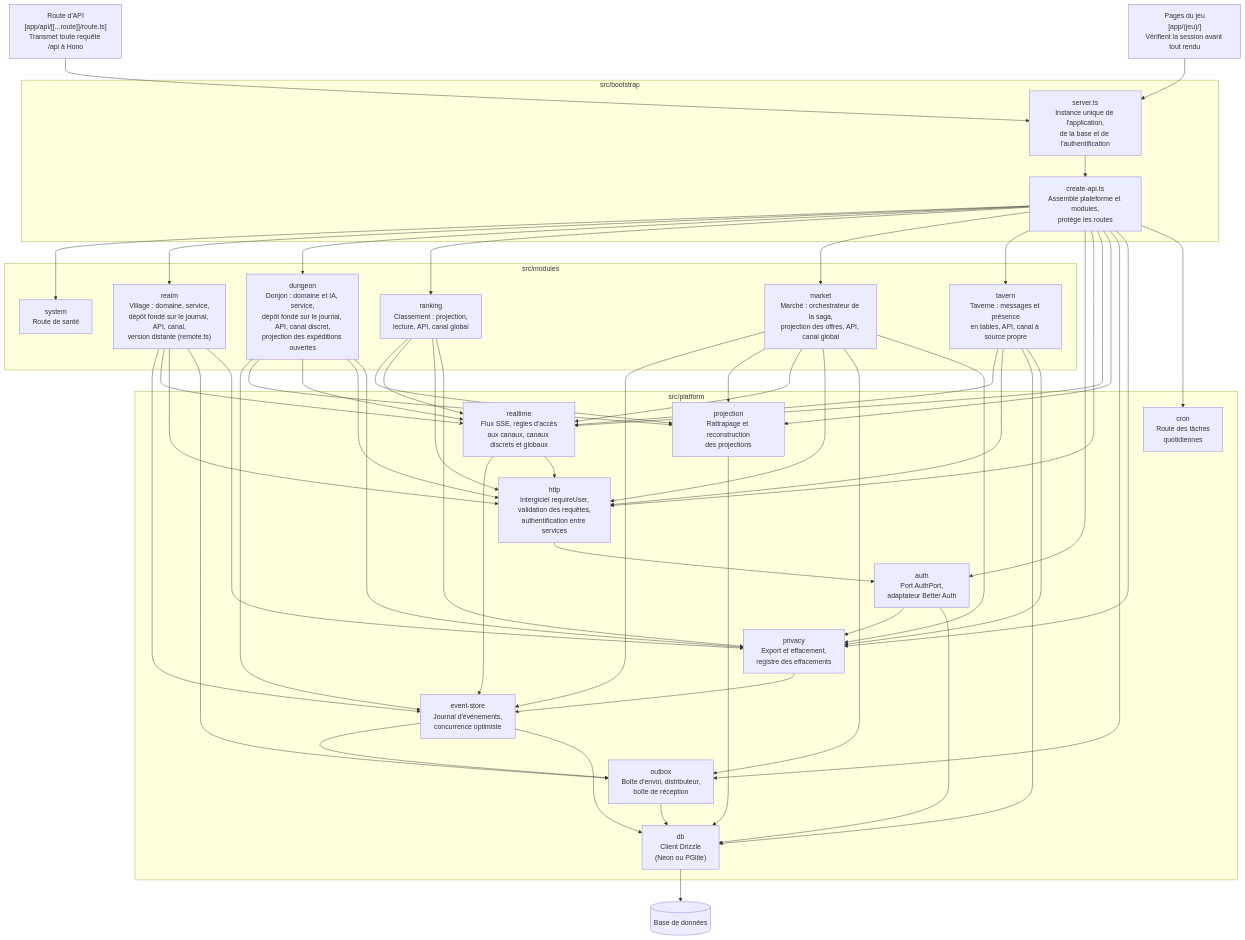
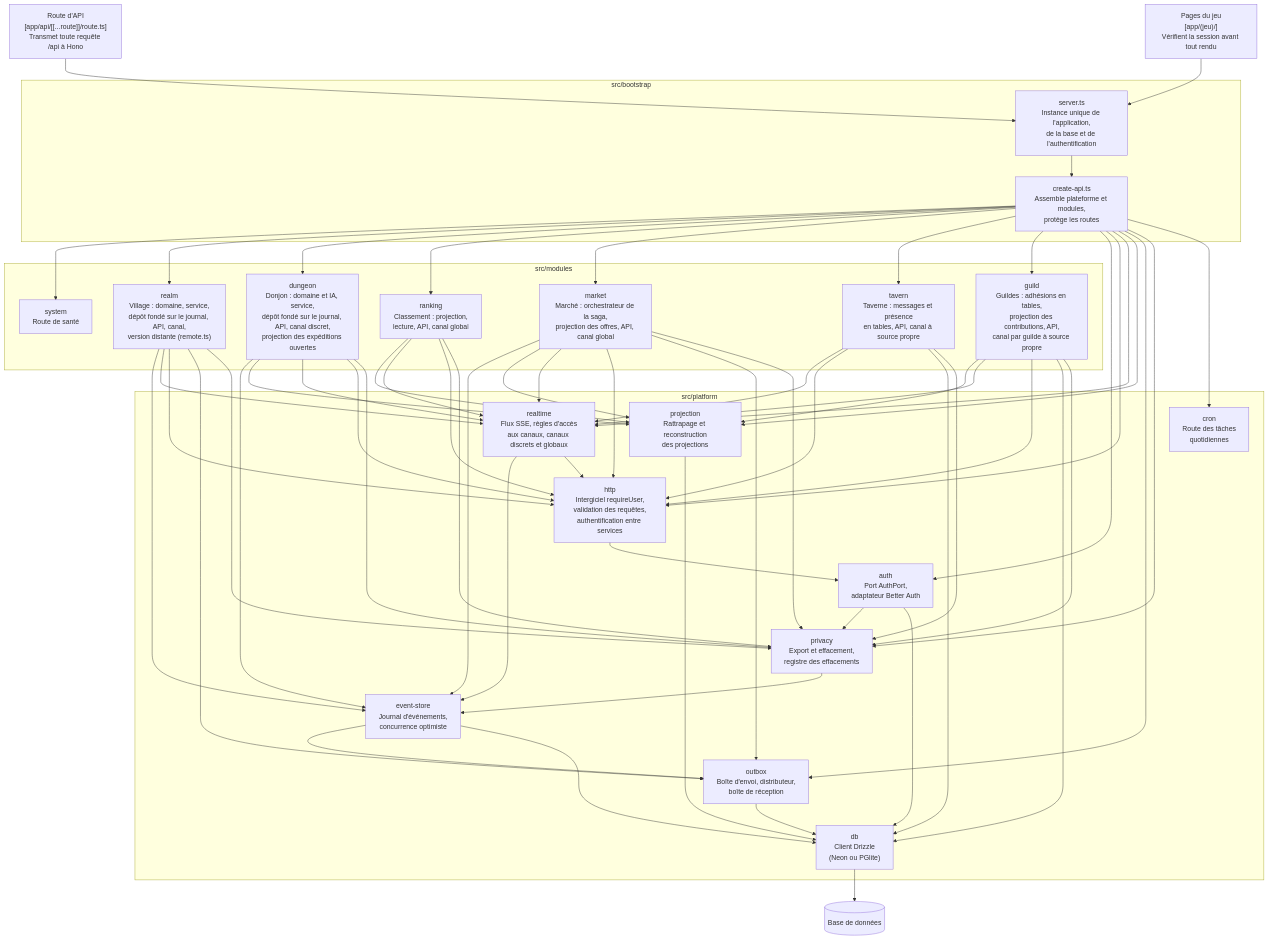
The third of 6 diagrams in docs/architecture.md (JimmyCarlier/royaumes), drawn with Mermaid before and after one commit. The commit also changed other lines of this file, not shown here.

Commit message:
docs: présenter le module Guildes dans l'architecture

````diff
--- a/docs/architecture.md
+++ b/docs/architecture.md
@@ -55,49 +57,51 @@
 ```mermaid
 flowchart TB
   route["Route d'API<br/>[app/api/[[...route]]/route.ts]<br/>Transmet toute requête /api à Hono"]
   pages["Pages du jeu<br/>[app/(jeu)/]<br/>Vérifient la session avant tout rendu"]
   subgraph bootstrap["src/bootstrap"]
     server["server.ts<br/>Instance unique de l'application,<br/>de la base et de l'authentification"]
     createapi["create-api.ts<br/>Assemble plateforme et modules,<br/>protège les routes"]
   end
   subgraph modules["src/modules"]
     system["system<br/>Route de santé"]
     realm["realm<br/>Village : domaine, service,<br/>dépôt fondé sur le journal, API, canal,<br/>version distante (remote.ts)"]
     dungeon["dungeon<br/>Donjon : domaine et IA, service,<br/>dépôt fondé sur le journal, API, canal discret,<br/>projection des expéditions ouvertes"]
     ranking["ranking<br/>Classement : projection,<br/>lecture, API, canal global"]
     market["market<br/>Marché : orchestrateur de la saga,<br/>projection des offres, API, canal global"]
     tavern["tavern<br/>Taverne : messages et présence<br/>en tables, API, canal à source propre"]
+    guild["guild<br/>Guildes : adhésions en tables,<br/>projection des contributions, API,<br/>canal par guilde à source propre"]
   end
   subgraph platform["src/platform"]
     auth["auth<br/>Port AuthPort,<br/>adaptateur Better Auth"]
     http["http<br/>Intergiciel requireUser,<br/>validation des requêtes,<br/>authentification entre services"]
     realtime["realtime<br/>Flux SSE, règles d'accès<br/>aux canaux, canaux discrets et globaux"]
     store["event-store<br/>Journal d'événements,<br/>concurrence optimiste"]
     projection["projection<br/>Rattrapage et reconstruction<br/>des projections"]
     outbox["outbox<br/>Boîte d'envoi, distributeur,<br/>boîte de réception"]
     privacy["privacy<br/>Export et effacement,<br/>registre des effacements"]
     cron["cron<br/>Route des tâches<br/>quotidiennes"]
     db["db<br/>Client Drizzle<br/>(Neon ou PGlite)"]
   end
   base[("Base de données")]
   route --> server
   pages --> server
   server --> createapi
-  createapi --> system & realm & dungeon & ranking & market & tavern & auth & http & realtime & projection & outbox & privacy & cron
+  createapi --> system & realm & dungeon & ranking & market & tavern & guild & auth & http & realtime & projection & outbox & privacy & cron
   realm --> store & realtime & http & outbox
   market --> store & projection & realtime & http & outbox
   dungeon --> store & projection & realtime & http
   ranking --> projection & realtime & http
   tavern --> realtime & http & db
-  realm & dungeon & market & ranking & tavern --> privacy
+  guild --> projection & realtime & http & db
+  realm & dungeon & market & ranking & tavern & guild --> privacy
   privacy --> store
   auth --> privacy
   realtime --> store & http
   projection --> db
   store --> outbox
   outbox --> db
   http --> auth
   auth --> db
   store --> db
   db --> base
 ```
````
